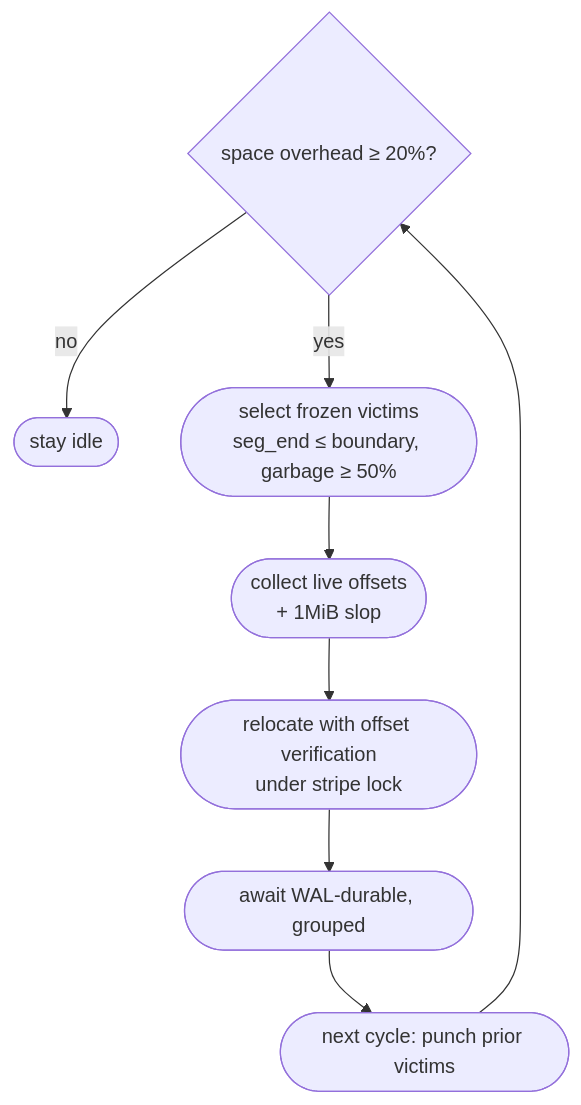
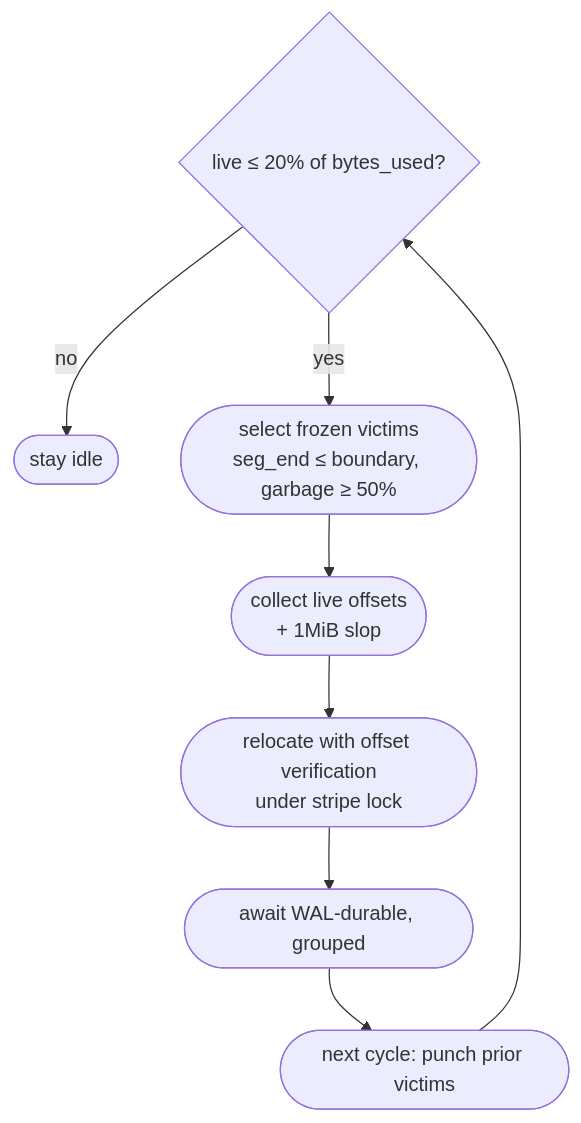
Before and after one commit to wasanemon/VMemKV: the fourth of 5 diagrams in implementation/vmemkv/docs/specification/low_level_design.md, drawn with Mermaid. The commit also changed other lines of this file and 41 other files, not shown here.

````diff
--- a/implementation/vmemkv/docs/specification/low_level_design.md
+++ b/implementation/vmemkv/docs/specification/low_level_design.md
@@ -356,10 +363,10 @@
 ```mermaid
 flowchart TD
-    TR{space overhead ≥ 20%?} -- no --> IDLE([stay idle])
+    TR{live ≤ 20% of bytes_used?} -- no --> IDLE([stay idle])
     TR -- yes --> V([select frozen victims\nseg_end ≤ boundary, garbage ≥ 50%])
     V --> C([collect live offsets\n+ 1MiB slop])
     C --> R([relocate with offset verification\nunder stripe lock])
     R --> W([await WAL-durable, grouped])
     W --> P([next cycle: punch prior victims])
     P --> TR
 ```
````
